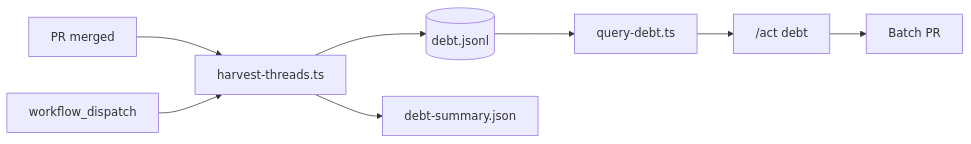
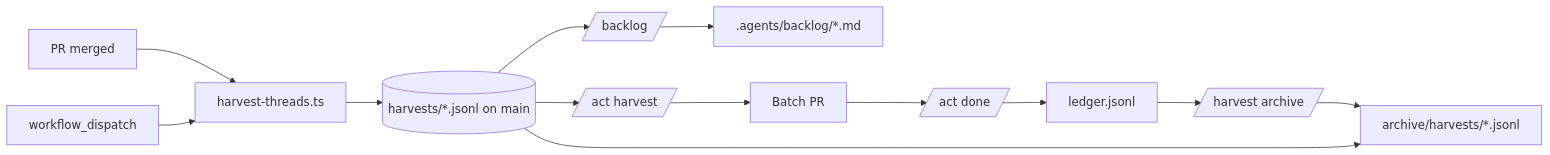
One commit to ThePlenkov/openadt changed the diagram in docs/plans/2026-06-09-review-debt-harvest.md. Above: the diagram before and after it, drawn with Mermaid. The commit also changed other lines of this file and 31 other files, not shown here.

First line of the commit message:
refactor(harvest): reorganize review debt harvest scripts

````diff
--- a/docs/plans/2026-06-09-review-debt-harvest.md
+++ b/docs/plans/2026-06-09-review-debt-harvest.md
@@ -21,10 +22,15 @@
 ```mermaid
 flowchart LR
   M[PR merged] --> H[harvest-threads.ts]
   W[workflow_dispatch] --> H
-  H --> L[(debt.jsonl)]
-  H --> S[debt-summary.json]
-  L --> Q[query-debt.ts]
-  Q --> A["/act debt"]
-  A --> B[Batch PR]
+  H --> F[(harvests/*.jsonl on main)]
+  F --> B[/backlog/]
+  B --> BL[.agents/backlog/*.md]
+  F --> A[/act harvest/]
+  A --> P[Batch PR]
+  P --> R[/act done/]
+  R --> L[ledger.jsonl]
+  L --> S[/harvest archive/]
+  S --> AR[archive/harvests/*.jsonl]
+  F --> AR
 ```
````
